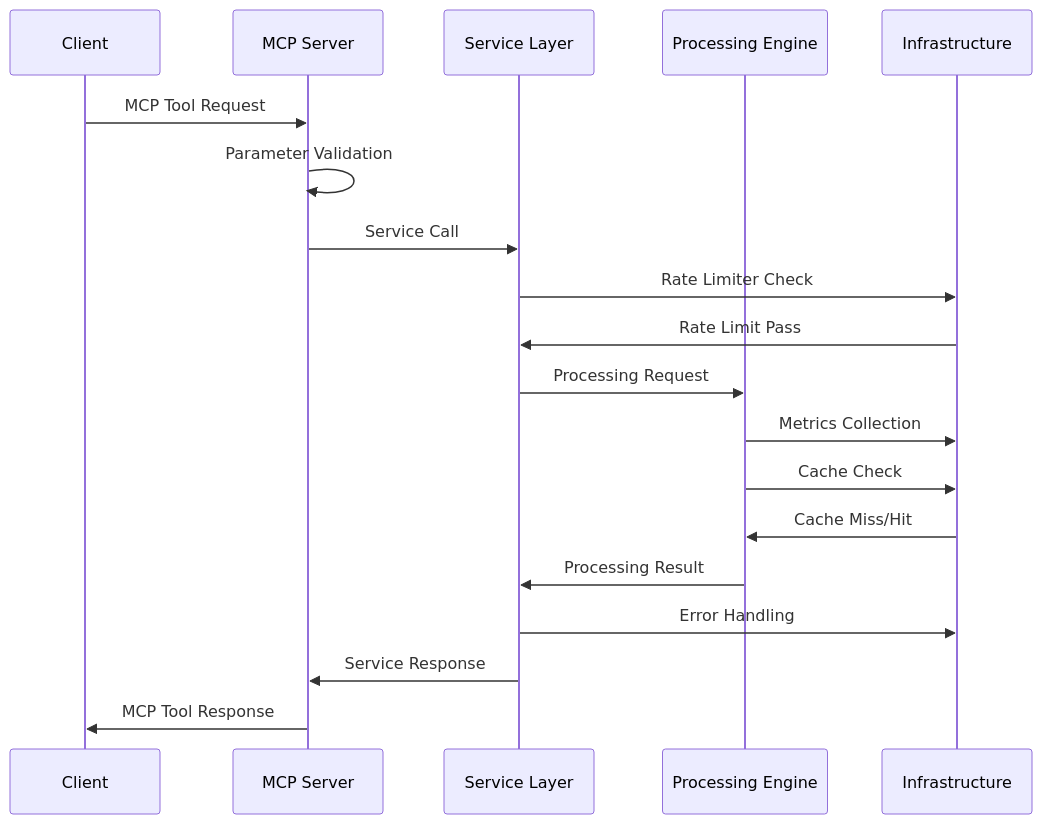
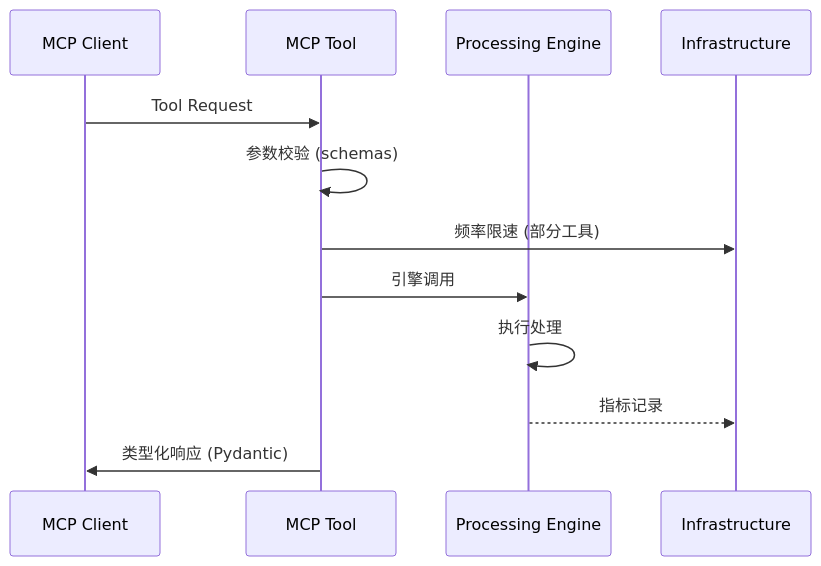
Before and after one commit to ThreeFish-AI/data-extractor: the third of 4 diagrams in docs/1-Framework.md, drawn with Mermaid. The commit also changed other lines of this file, not shown here.

````diff
--- a/docs/1-Framework.md
+++ b/docs/1-Framework.md
@@ -152,22 +144,15 @@
 ```mermaid
 sequenceDiagram
-    participant C as Client
-    participant M as MCP Server
-    participant S as Service Layer
-    participant P as Processing Engine
+    participant C as MCP Client
+    participant T as MCP Tool
+    participant E as Processing Engine
     participant I as Infrastructure
 
-    C->>M: MCP Tool Request
-    M->>M: Parameter Validation
-    M->>S: Service Call
-    S->>I: Rate Limiter Check
-    I->>S: Rate Limit Pass
-    S->>P: Processing Request
-    P->>I: Metrics Collection
-    P->>I: Cache Check
-    I->>P: Cache Miss/Hit
-    P->>S: Processing Result
-    S->>I: Error Handling
-    S->>M: Service Response
-    M->>C: MCP Tool Response
+    C->>T: Tool Request
+    T->>T: 参数校验 (schemas)
+    T->>I: 频率限速 (部分工具)
+    T->>E: 引擎调用
+    E->>E: 执行处理
+    E-->>I: 指标记录
+    T->>C: 类型化响应 (Pydantic)
 ```
````
